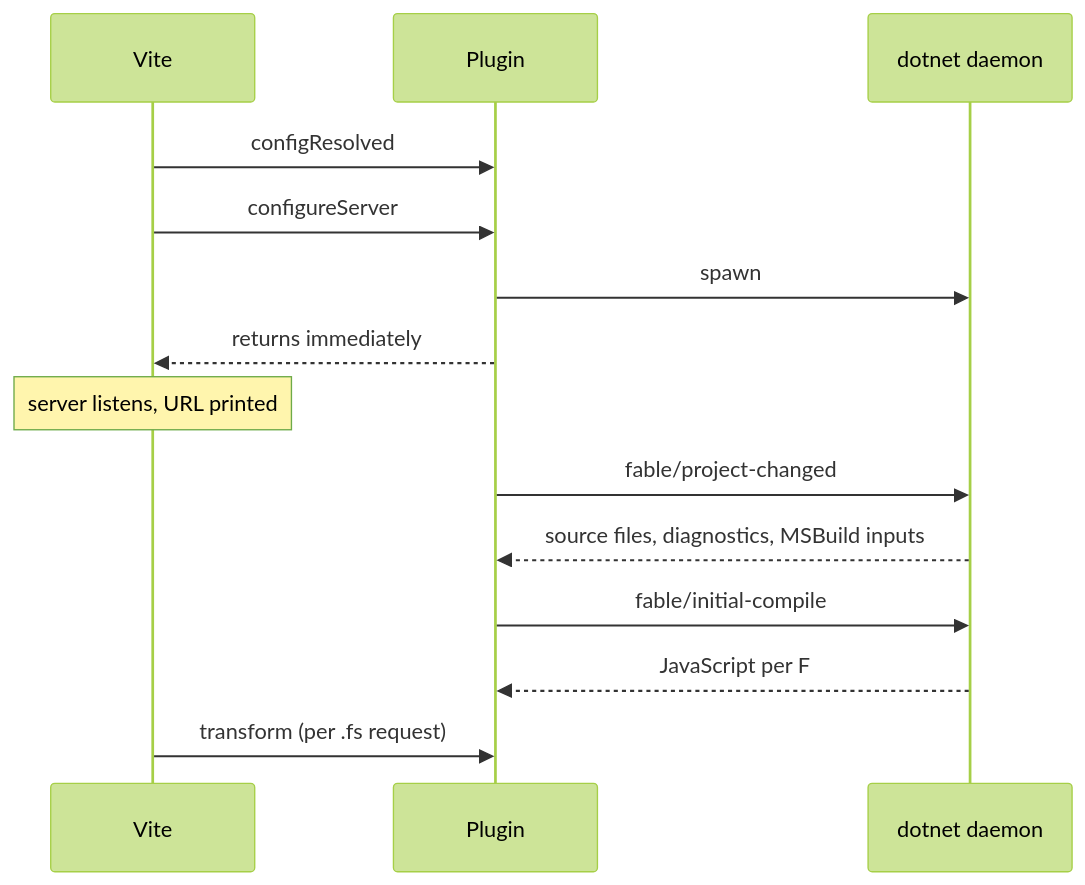
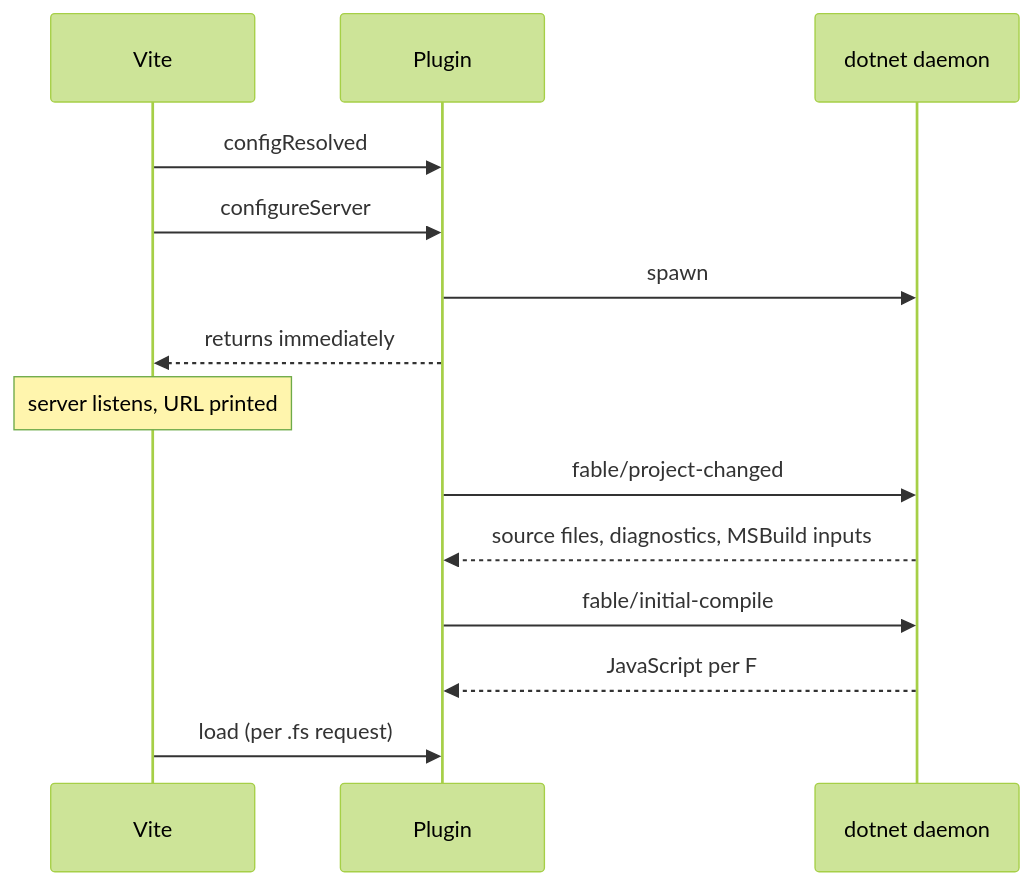
The first of 2 diagrams in docs/how.md (fable-compiler/vite-plugin-fable), drawn with Mermaid (forest theme) before and after one commit. The commit also changed other lines of this file and 7 other files, not shown here.

```diff
--- a/docs/how.md
+++ b/docs/how.md
@@ -47,16 +47,16 @@
 <div class="mermaid">
 sequenceDiagram
     participant Vite
     participant Plugin
     participant Daemon as dotnet daemon
     Vite->>Plugin: configResolved
     Vite->>Plugin: configureServer
     Plugin->>Daemon: spawn
     Plugin-->>Vite: returns immediately
     Note over Vite: server listens, URL printed
     Plugin->>Daemon: fable/project-changed
     Daemon-->>Plugin: source files, diagnostics, MSBuild inputs
     Plugin->>Daemon: fable/initial-compile
     Daemon-->>Plugin: JavaScript per F# file
-    Vite->>Plugin: transform (per .fs request)
+    Vite->>Plugin: load (per .fs request)
 </div>
```
